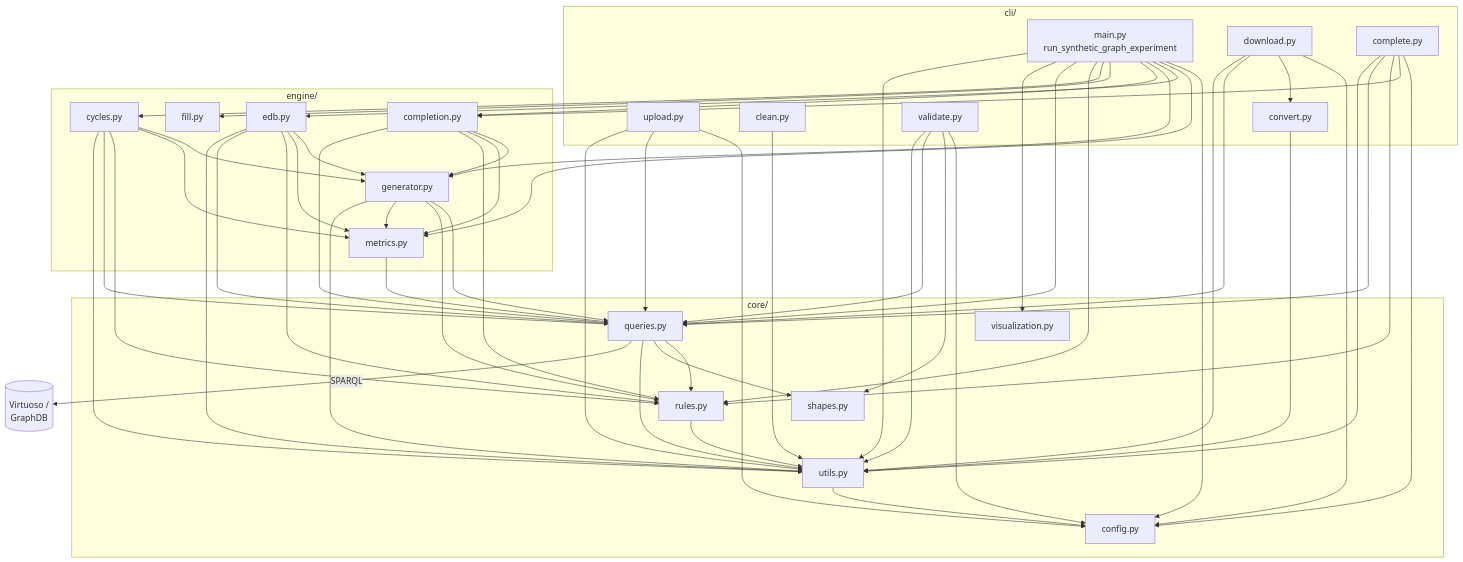
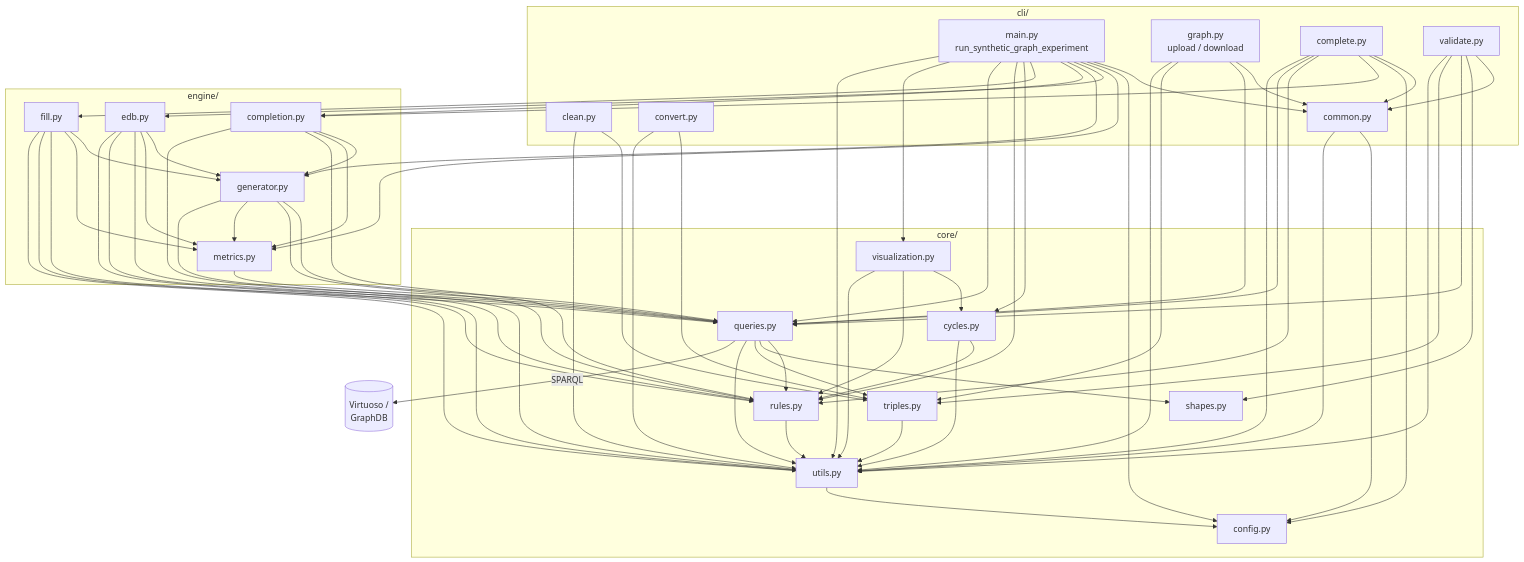
The second of 2 diagrams in docs/architecture.md (DavidGomez00/synthetic-knowledge-graph-generator), drawn with Mermaid before and after one commit. The commit also changed other lines of this file and 26 other files, not shown here.

````diff
--- a/docs/architecture.md
+++ b/docs/architecture.md
@@ -53,50 +53,54 @@
 ```mermaid
 flowchart TD
     subgraph cli ["cli/"]
         MAIN["main.py<br/>run_synthetic_graph_experiment"]
-        UPLOAD["upload.py"]
-        DOWNLOAD["download.py"]
+        GRAPH["graph.py<br/>upload / download"]
         COMPLETE["complete.py"]
         CLEAN["clean.py"]
         CONVERT["convert.py"]
         VALIDATE["validate.py"]
+        COMMON["common.py"]
     end
 
     subgraph engine ["engine/"]
         METRICS["metrics.py"]
         EDB["edb.py"]
         GEN["generator.py"]
         COMPLETION["completion.py"]
         FILL["fill.py"]
-        CYCLES["cycles.py"]
     end
 
     subgraph core ["core/"]
         RULES["rules.py"]
+        CYCLES["cycles.py"]
         SHAPES["shapes.py"]
         QUERIES["queries.py"]
+        TRIPLES["triples.py"]
         VIS["visualization.py"]
         CONFIG["config.py"]
         UTILS["utils.py"]
     end
 
     DB[("Virtuoso /<br/>GraphDB")]
 
-    MAIN --> CONFIG & METRICS & EDB & GEN & COMPLETION & FILL & CYCLES & RULES & QUERIES & VIS & UTILS
-    UPLOAD --> CONFIG & QUERIES & UTILS
-    DOWNLOAD --> CONFIG & CONVERT & QUERIES & UTILS
-    COMPLETE --> CONFIG & COMPLETION & RULES & QUERIES & UTILS
-    VALIDATE --> CONFIG & SHAPES & QUERIES & UTILS
-    CLEAN & CONVERT --> UTILS
+    MAIN --> COMMON & CONFIG & METRICS & EDB & GEN & COMPLETION & FILL & CYCLES & RULES & QUERIES & VIS & UTILS
+    GRAPH --> COMMON & QUERIES & TRIPLES & UTILS
+    COMPLETE --> COMMON & CONFIG & COMPLETION & RULES & QUERIES & UTILS
+    VALIDATE --> COMMON & SHAPES & QUERIES & TRIPLES & UTILS
+    CLEAN & CONVERT --> TRIPLES & UTILS
+    COMMON --> CONFIG & UTILS
 
     EDB --> GEN & METRICS & RULES & QUERIES & UTILS
     COMPLETION --> GEN & METRICS & RULES & QUERIES
-    CYCLES --> GEN & METRICS & RULES & QUERIES & UTILS
+    FILL --> GEN & METRICS & RULES & QUERIES & UTILS
     GEN --> QUERIES & RULES & METRICS & UTILS
     METRICS --> QUERIES
-    QUERIES --> RULES & SHAPES & UTILS
+    CYCLES --> RULES & UTILS
+    VIS --> CYCLES & RULES & UTILS
+    QUERIES --> RULES & SHAPES & TRIPLES & UTILS
+    TRIPLES --> UTILS
     RULES --> UTILS
     UTILS --> CONFIG
 
     QUERIES -->|SPARQL| DB
 ```
````
